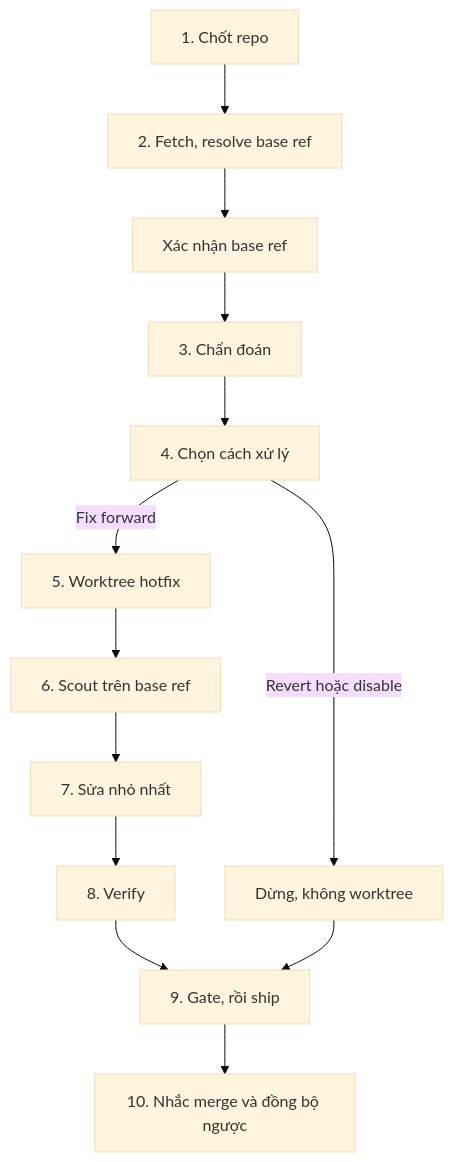
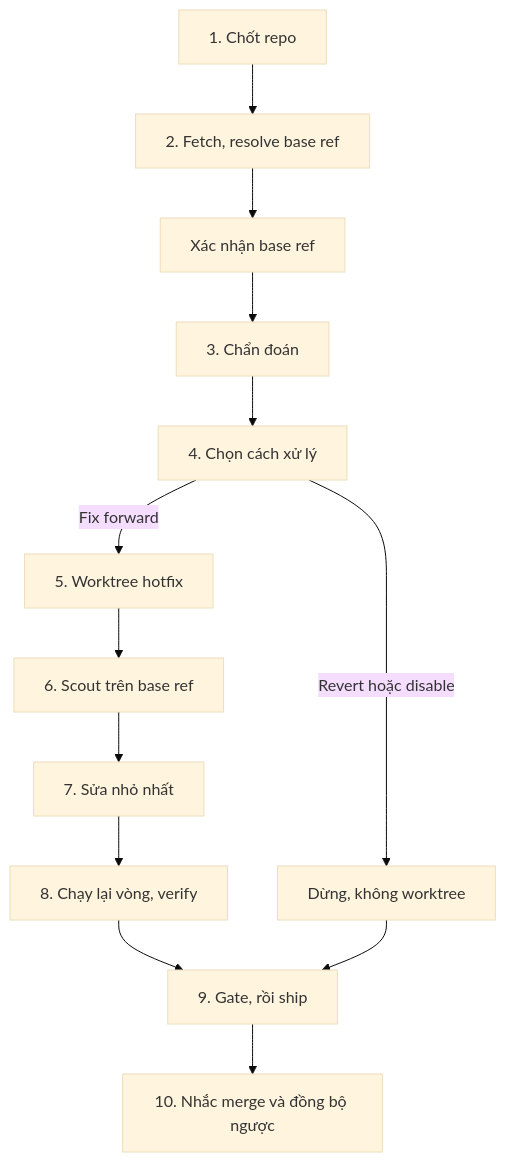
Before and after one commit to ZenifyAIContactCenter/zenify-kit: the diagram in website/workflows/hotfix.md, drawn with Mermaid (base theme). The commit also changed other lines of this file and 8 other files, not shown here.

````diff
--- a/website/workflows/hotfix.md
+++ b/website/workflows/hotfix.md
@@ -34,18 +34,18 @@
 ```mermaid
 flowchart TD
   A["1. Chốt repo"] --> B["2. Fetch, resolve base ref"]
   B --> C["Xác nhận base ref"]
   C --> D["3. Chẩn đoán"]
   D --> E["4. Chọn cách xử lý"]
   E -->|Revert hoặc disable| F["Dừng, không worktree"]
   E -->|Fix forward| G["5. Worktree hotfix"]
   G --> H["6. Scout trên base ref"]
   H --> I["7. Sửa nhỏ nhất"]
-  I --> J["8. Verify"]
+  I --> J["8. Chạy lại vòng, verify"]
   J --> K["9. Gate, rồi ship"]
   F --> K
   K --> L["10. Nhắc merge và đồng bộ ngược"]
   class A,B,D,G,H,I,J,K,L action
   class C,E user
   class F stop
 ```
````
